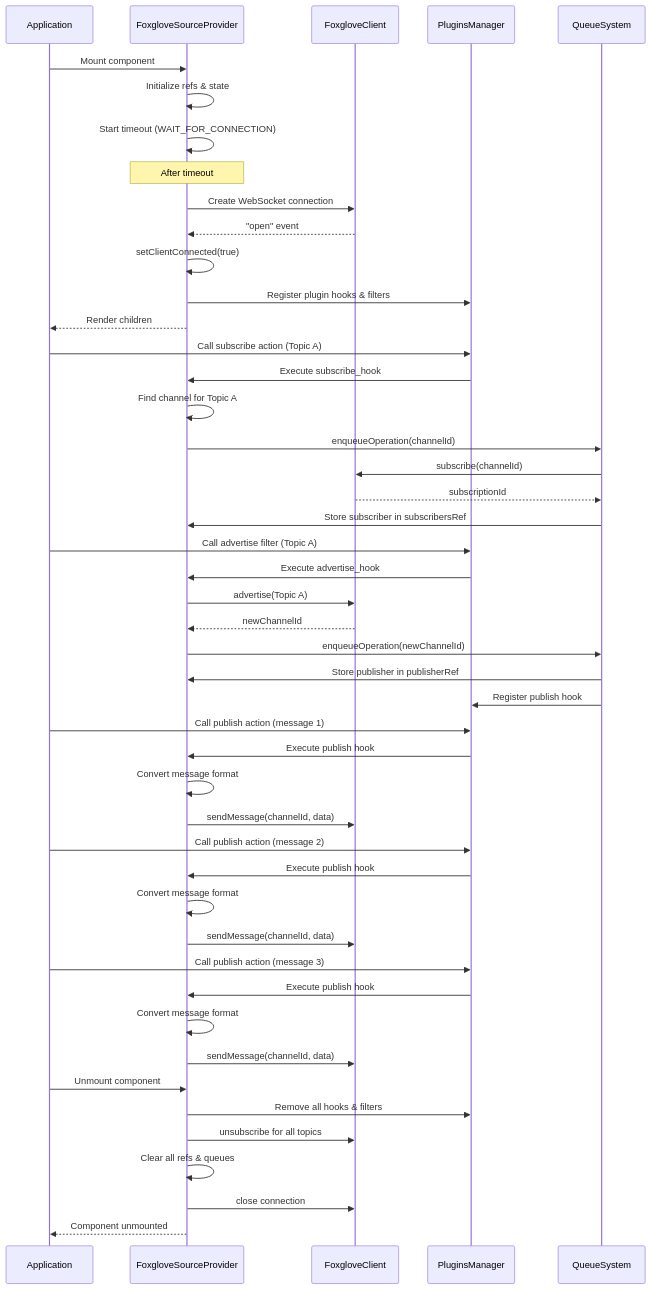
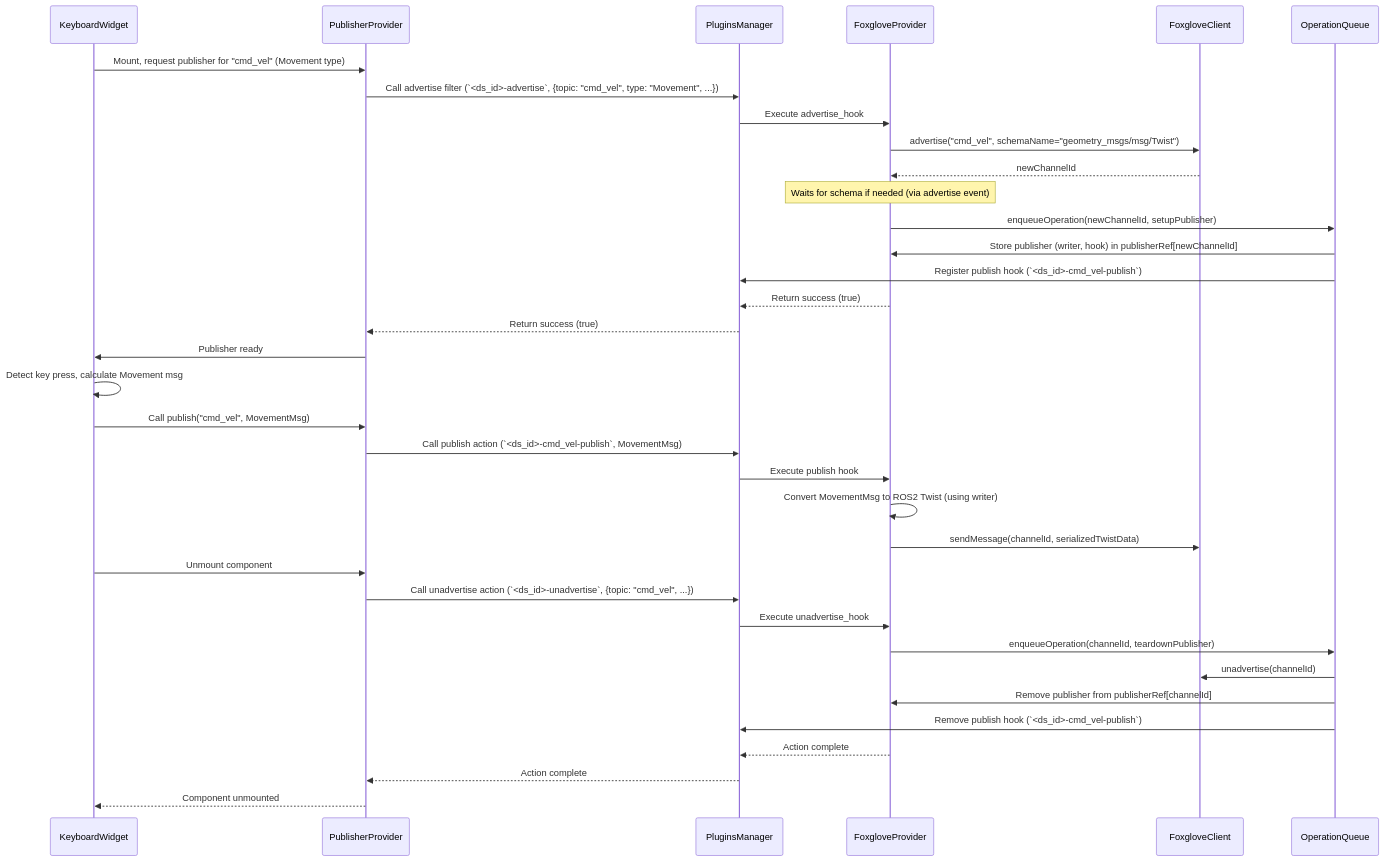
The diagram in ormi-ros-2-foxglove/seq.md (RMA-Robotics-Autonomous-Systems/ORMI), drawn with Mermaid before and after one commit.

````diff
--- a/ormi-ros-2-foxglove/seq.md
+++ b/ormi-ros-2-foxglove/seq.md
@@ -1,61 +1,43 @@
 ```mermaid
 sequenceDiagram
-    participant App as Application
-    participant Provider as FoxgloveSourceProvider
+    participant KW as KeyboardWidget
+    participant PubProv as PublisherProvider
+    participant PM as PluginsManager
+    participant FoxProv as FoxgloveProvider
     participant Client as FoxgloveClient
-    participant PM as PluginsManager
-    participant Queue as QueueSystem
+    participant Queue as OperationQueue
 
-    %% Component mounting phase
-    App->>Provider: Mount component
-    Provider->>Provider: Initialize refs & state
-    Provider->>Provider: Start timeout (WAIT_FOR_CONNECTION)
-    Note over Provider: After timeout
-    Provider->>Client: Create WebSocket connection
-    Client-->>Provider: "open" event
-    Provider->>Provider: setClientConnected(true)
-    Provider->>PM: Register plugin hooks & filters
-    Provider-->>App: Render children
+    %% Publisher Setup Phase (KeyboardWidget mounts)
+    KW->>PubProv: Mount, request publisher for "cmd_vel" (Movement type)
+    PubProv->>PM: Call advertise filter (`<ds_id>-advertise`, {topic: "cmd_vel", type: "Movement", ...})
+    PM->>FoxProv: Execute advertise_hook
+    FoxProv->>Client: advertise("cmd_vel", schemaName="geometry_msgs/msg/Twist")
+    Client-->>FoxProv: newChannelId
+    Note over FoxProv: Waits for schema if needed (via advertise event)
+    FoxProv->>Queue: enqueueOperation(newChannelId, setupPublisher)
+    Queue->>FoxProv: Store publisher (writer, hook) in publisherRef[newChannelId]
+    Queue->>PM: Register publish hook (`<ds_id>-cmd_vel-publish`)
+    FoxProv-->>PM: Return success (true)
+    PM-->>PubProv: Return success (true)
+    PubProv->>KW: Publisher ready
 
-    %% Subscription phase
-    App->>PM: Call subscribe action (Topic A)
-    PM->>Provider: Execute subscribe_hook
-    Provider->>Provider: Find channel for Topic A
-    Provider->>Queue: enqueueOperation(channelId)
-    Queue->>Client: subscribe(channelId)
-    Client-->>Queue: subscriptionId
-    Queue->>Provider: Store subscriber in subscribersRef
+    %% Publishing Phase (User presses key)
+    KW->>KW: Detect key press, calculate Movement msg
+    KW->>PubProv: Call publish("cmd_vel", MovementMsg)
+    PubProv->>PM: Call publish action (`<ds_id>-cmd_vel-publish`, MovementMsg)
+    PM->>FoxProv: Execute publish hook
+    FoxProv->>FoxProv: Convert MovementMsg to ROS2 Twist (using writer)
+    FoxProv->>Client: sendMessage(channelId, serializedTwistData)
 
-    %% Publisher creation phase
-    App->>PM: Call advertise filter (Topic A)
-    PM->>Provider: Execute advertise_hook
-    Provider->>Client: advertise(Topic A)
-    Client-->>Provider: newChannelId
-    Provider->>Queue: enqueueOperation(newChannelId)
-    Queue->>Provider: Store publisher in publisherRef
-    Queue->>PM: Register publish hook
-
-    %% Publishing messages
-    App->>PM: Call publish action (message 1)
-    PM->>Provider: Execute publish hook
-    Provider->>Provider: Convert message format
-    Provider->>Client: sendMessage(channelId, data)
-
-    App->>PM: Call publish action (message 2)
-    PM->>Provider: Execute publish hook
-    Provider->>Provider: Convert message format
-    Provider->>Client: sendMessage(channelId, data)
-
-    App->>PM: Call publish action (message 3)
-    PM->>Provider: Execute publish hook
-    Provider->>Provider: Convert message format
-    Provider->>Client: sendMessage(channelId, data)
-
-    %% Component unmounting
-    App->>Provider: Unmount component
-    Provider->>PM: Remove all hooks & filters
-    Provider->>Client: unsubscribe for all topics
-    Provider->>Provider: Clear all refs & queues
-    Provider->>Client: close connection
-    Provider-->>App: Component unmounted
+    %% Unmounting Phase (KeyboardWidget unmounts)
+    KW->>PubProv: Unmount component
+    PubProv->>PM: Call unadvertise action (`<ds_id>-unadvertise`, {topic: "cmd_vel", ...})
+    PM->>FoxProv: Execute unadvertise_hook
+    FoxProv->>Queue: enqueueOperation(channelId, teardownPublisher)
+    Queue->>Client: unadvertise(channelId)
+    Queue->>FoxProv: Remove publisher from publisherRef[channelId]
+    Queue->>PM: Remove publish hook (`<ds_id>-cmd_vel-publish`)
+    FoxProv-->>PM: Action complete
+    PM-->>PubProv: Action complete
+    PubProv-->>KW: Component unmounted
 ```
````
